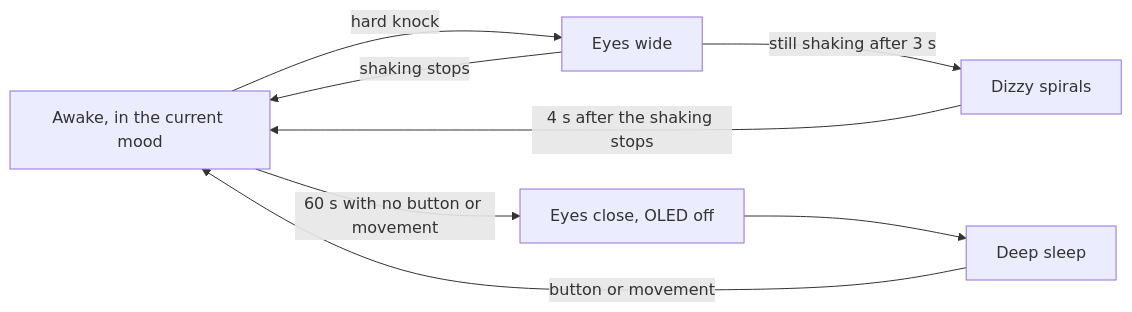
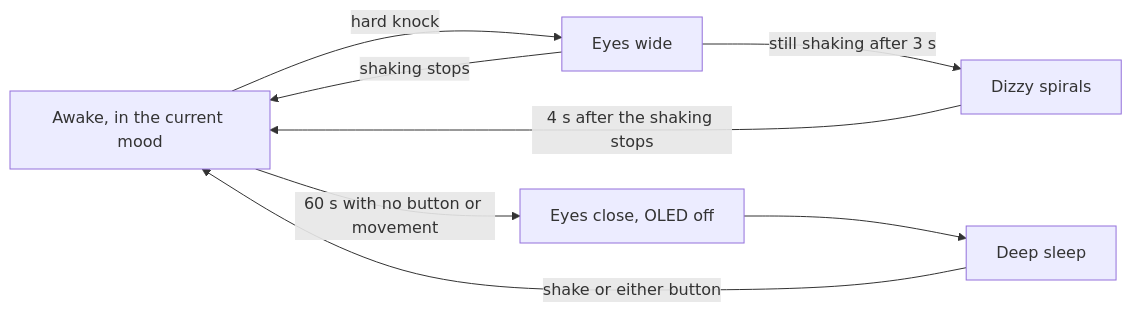
Before and after one commit to hronkrobotics/solareyes: the fifth of 5 diagrams in README.md, drawn with Mermaid. The commit also changed other lines of this file and 11 other files, not shown here.

````diff
--- a/README.md
+++ b/README.md
@@ -279,10 +269,10 @@
 ```mermaid
 flowchart LR
     A["Awake, in the current mood"] -->|"hard knock"| W["Eyes wide"]
     W -->|"still shaking after 3 s"| D["Dizzy spirals"]
     W -->|"shaking stops"| A
     D -->|"4 s after the shaking stops"| A
     A -->|"60 s with no button or movement"| Z["Eyes close, OLED off"]
     Z --> S["Deep sleep"]
-    S -->|"button or movement"| A
+    S -->|"shake or either button"| A
 ```
````
